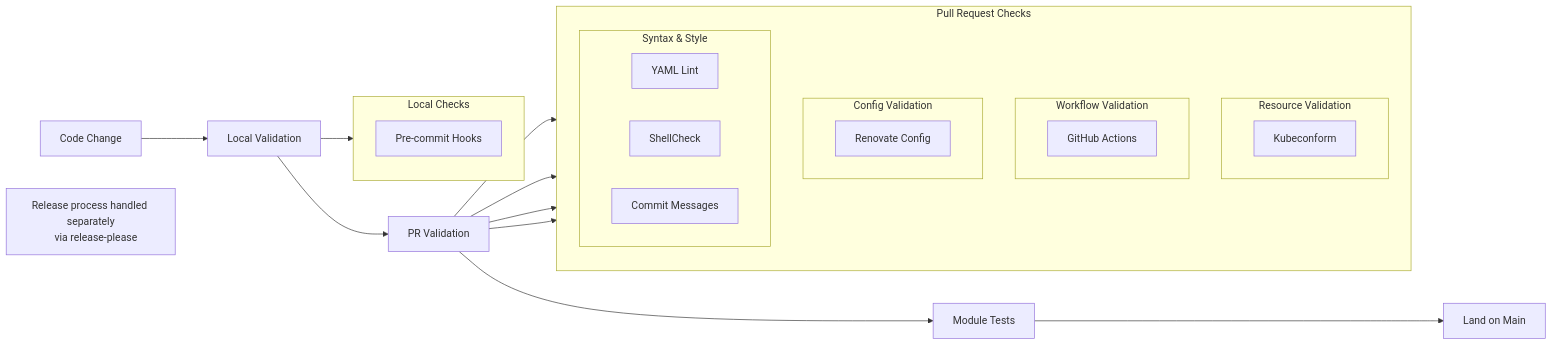
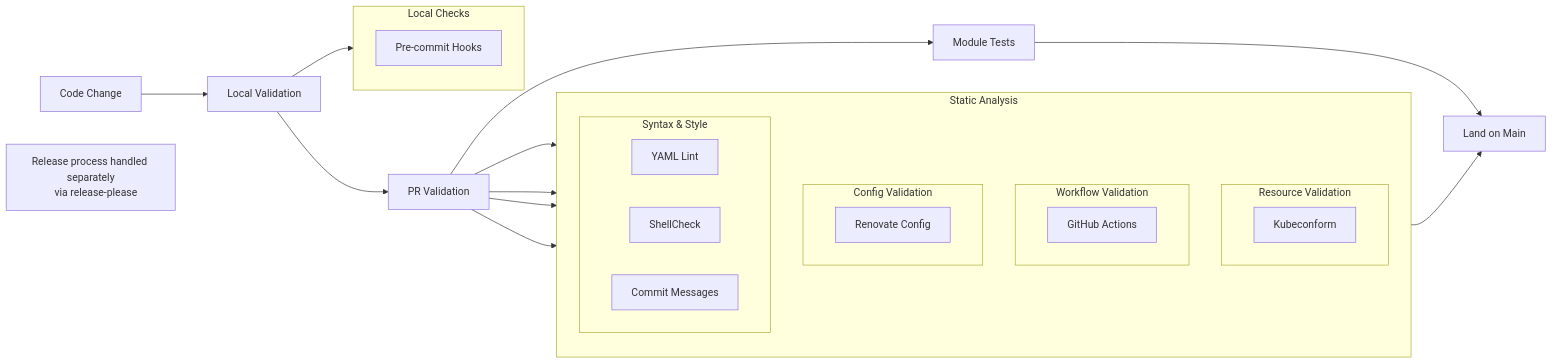
One commit to ppat/homelab-ops-kubernetes-apps changed the seventh of 8 diagrams in projectBrief.md. Above: the diagram before and after it, drawn with Mermaid. The commit also changed other lines of this file and 3 other files, not shown here.

````diff
--- a/projectBrief.md
+++ b/projectBrief.md
@@ -501,42 +507,43 @@
 ```mermaid
 flowchart LR
     A[Code Change] --> B[Local Validation]
     B --> C[PR Validation]
     C --> D[Module Tests]
     D --> M[Land on Main]
 
     subgraph local [Local Checks]
         direction TB
         L1[Pre-commit Hooks]
     end
 
-    subgraph pr [Pull Request Checks]
+    subgraph static [Static Analysis]
         direction TB
         subgraph resource [Resource Validation]
             R1[Kubeconform]
         end
 
         subgraph workflow [Workflow Validation]
             W1[GitHub Actions]
         end
 
         subgraph config [Config Validation]
             C1[Renovate Config]
         end
 
         subgraph syntax [Syntax & Style]
             S1[YAML Lint]
             S2[ShellCheck]
             S3[Commit Messages]
         end
     end
 
     B --> L1
     C --> resource
     C --> workflow
     C --> config
     C --> syntax
+    static --> M
 
     note[Release process handled separately
     via release-please]
 ```
````
